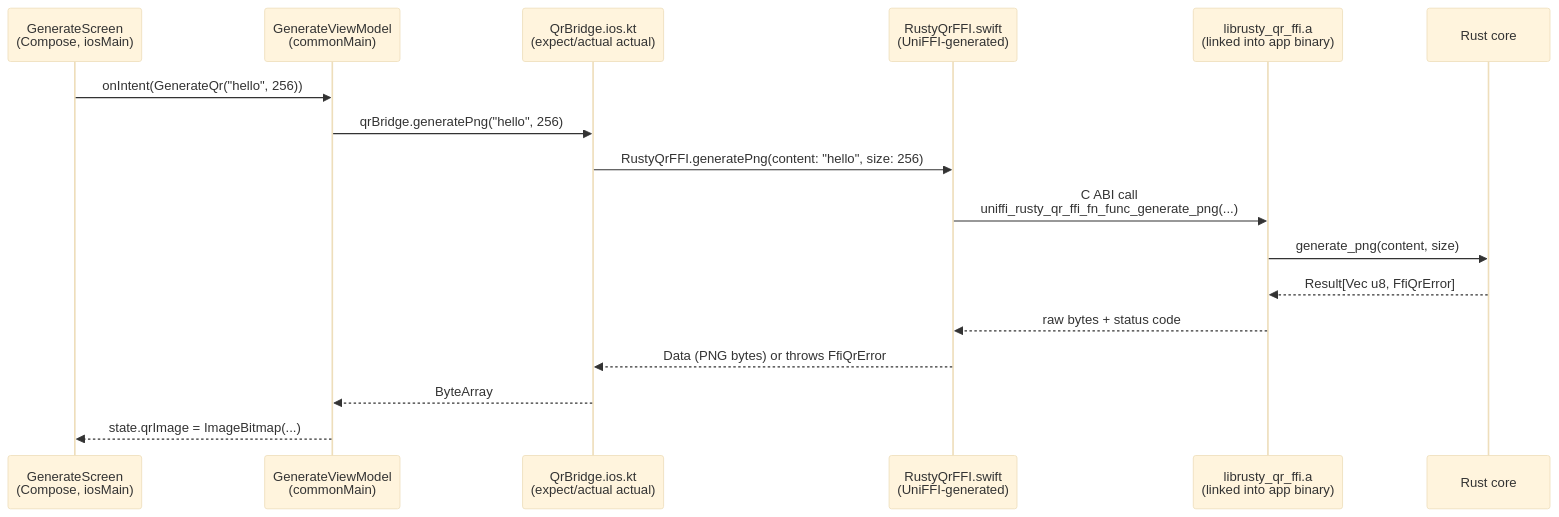
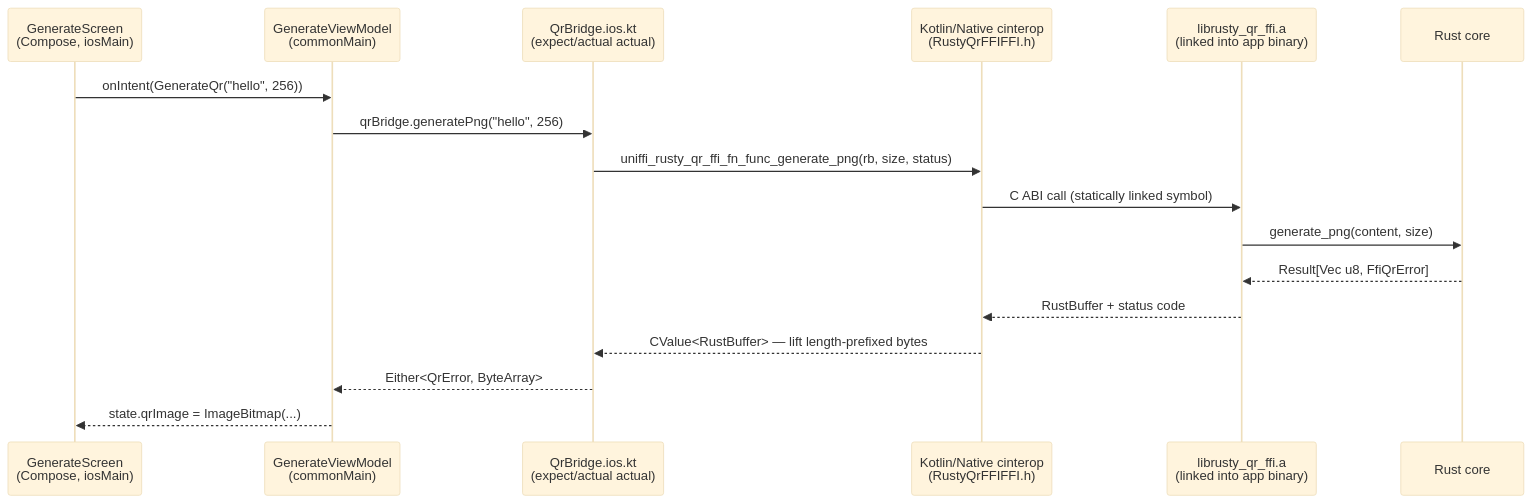
One commit to prasannajeet/RustyQR changed the seventh of 7 diagrams in docs/ARCHITECTURE.md. Above: the diagram before and after it, drawn with Mermaid (base theme). The commit also changed other lines of this file and 32 other files, not shown here.

````diff
--- a/docs/ARCHITECTURE.md
+++ b/docs/ARCHITECTURE.md
@@ -419,20 +425,20 @@
 ```mermaid
 sequenceDiagram
     participant UI as GenerateScreen<br/>(Compose, iosMain)
     participant VM as GenerateViewModel<br/>(commonMain)
     participant Bridge as QrBridge.ios.kt<br/>(expect/actual actual)
-    participant Gen as RustyQrFFI.swift<br/>(UniFFI-generated)
+    participant CI as Kotlin/Native cinterop<br/>(RustyQrFFIFFI.h)
     participant A as librusty_qr_ffi.a<br/>(linked into app binary)
     participant Rust as Rust core
 
     UI->>VM: onIntent(GenerateQr("hello", 256))
     VM->>Bridge: qrBridge.generatePng("hello", 256)
-    Bridge->>Gen: RustyQrFFI.generatePng(content: "hello", size: 256)
-    Gen->>A: C ABI call<br/>uniffi_rusty_qr_ffi_fn_func_generate_png(...)
+    Bridge->>CI: uniffi_rusty_qr_ffi_fn_func_generate_png(rb, size, status)
+    CI->>A: C ABI call (statically linked symbol)
     A->>Rust: generate_png(content, size)
     Rust-->>A: Result[Vec u8, FfiQrError]
-    A-->>Gen: raw bytes + status code
-    Gen-->>Bridge: Data (PNG bytes) or throws FfiQrError
-    Bridge-->>VM: ByteArray
+    A-->>CI: RustBuffer + status code
+    CI-->>Bridge: CValue<RustBuffer> — lift length-prefixed bytes
+    Bridge-->>VM: Either<QrError, ByteArray>
     VM-->>UI: state.qrImage = ImageBitmap(...)
 ```
````
